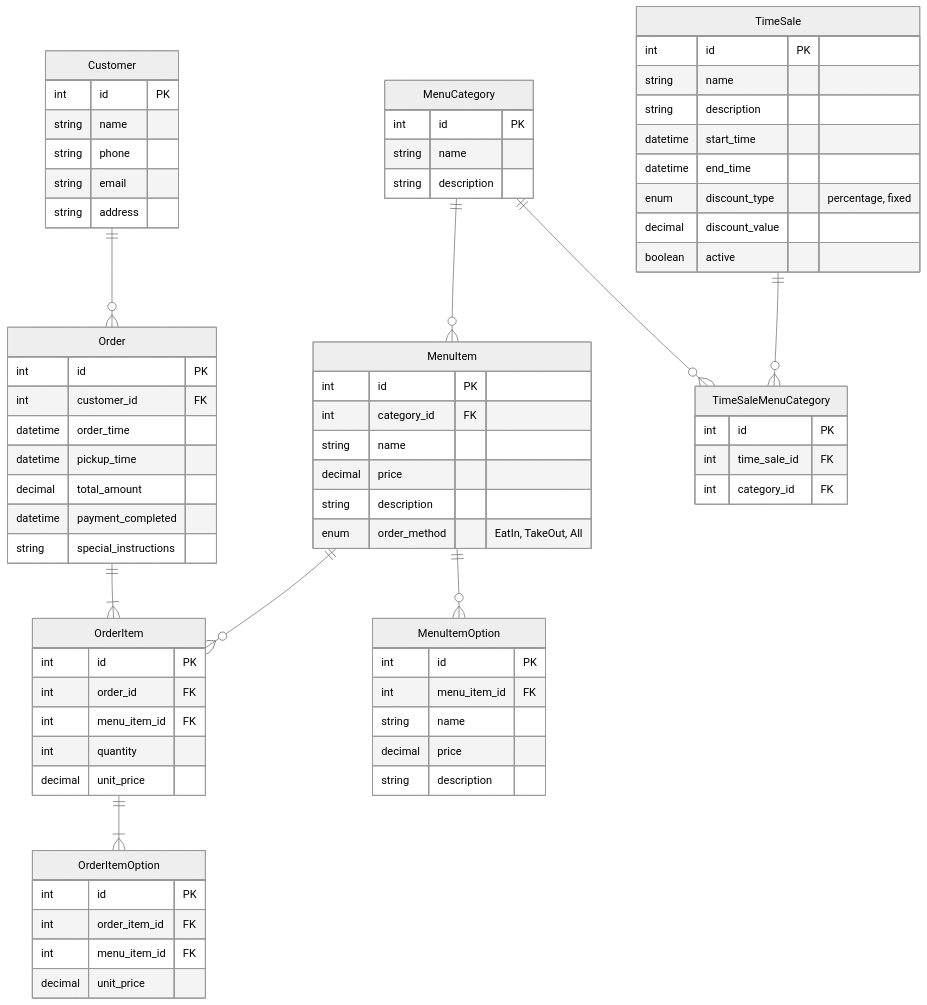
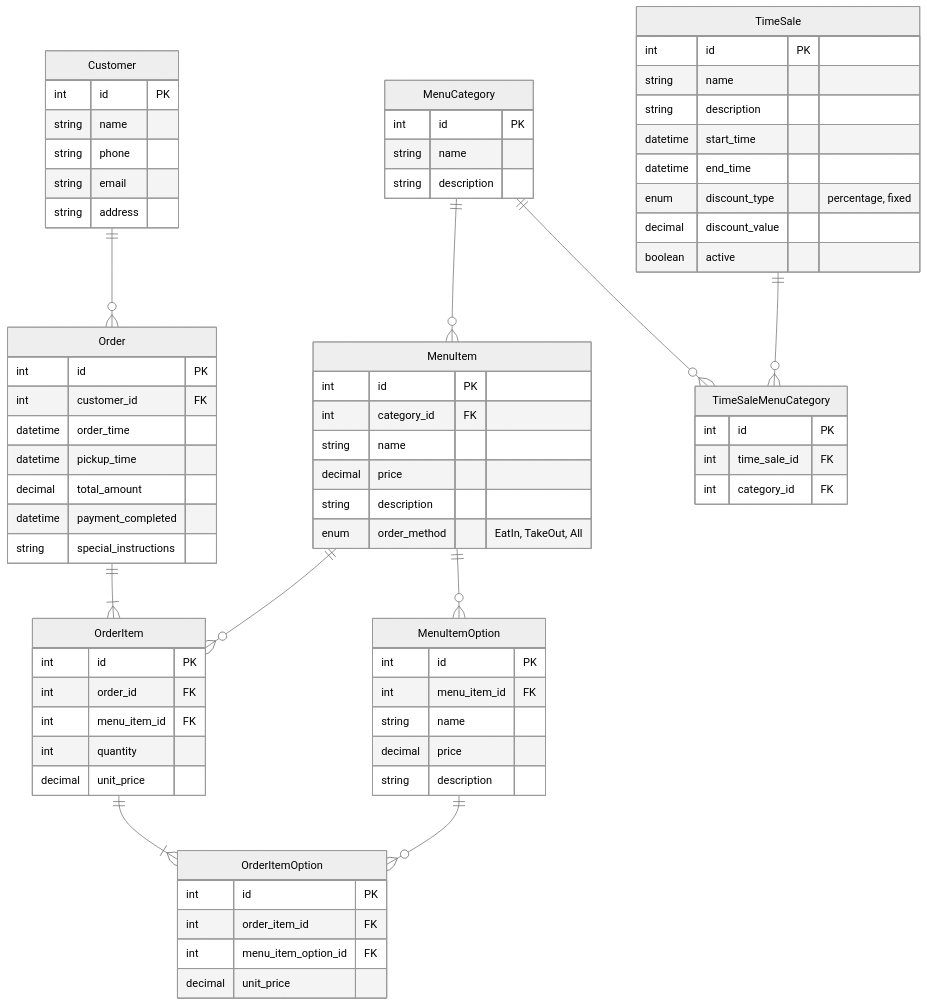
One commit to daiki-tadokoro/praha-challenge changed the diagram in Database/01_modeling/課題3.md. Above: the diagram before and after it, drawn with Mermaid (neutral theme).

Commit message:
feat: OrderItemOptionのリレーションを見直す

```diff
--- a/Database/01_modeling/課題3.md
+++ b/Database/01_modeling/課題3.md
@@ -10,6 +10,7 @@
     MenuItem ||--o{ OrderItem : ""
     MenuCategory ||--o{ MenuItem : ""
     MenuItem ||--o{ MenuItemOption : ""
+    MenuItemOption ||--o{ OrderItemOption : ""
     TimeSale ||--o{ TimeSaleMenuCategory : ""
     MenuCategory ||--o{ TimeSaleMenuCategory : ""
 
@@ -42,7 +43,7 @@
     OrderItemOption {
         int id PK
         int order_item_id FK
-        int menu_item_id FK
+        int menu_item_option_id FK
         decimal unit_price
     }
 
```
